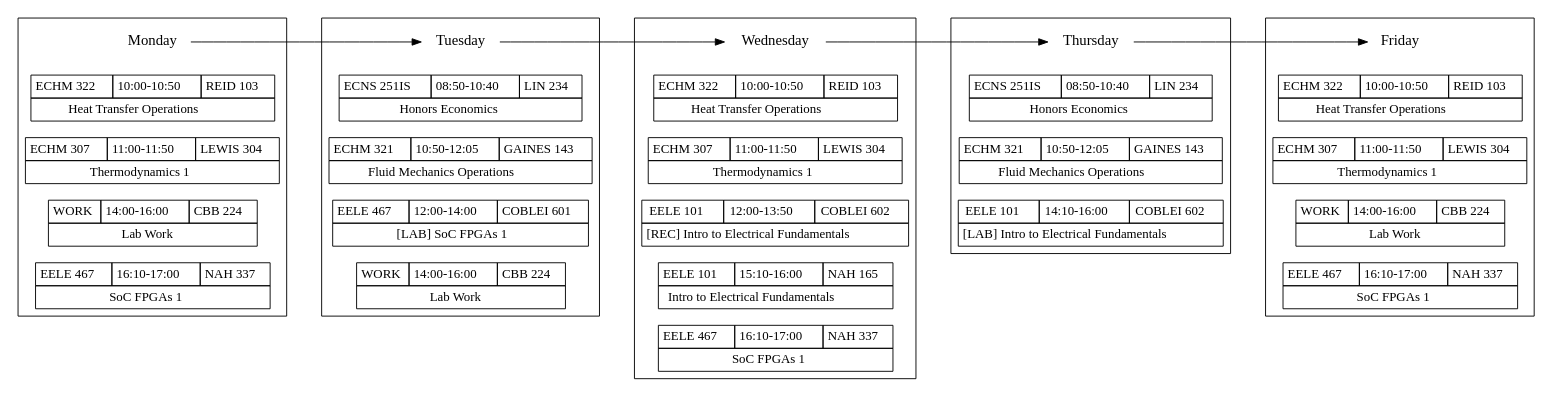
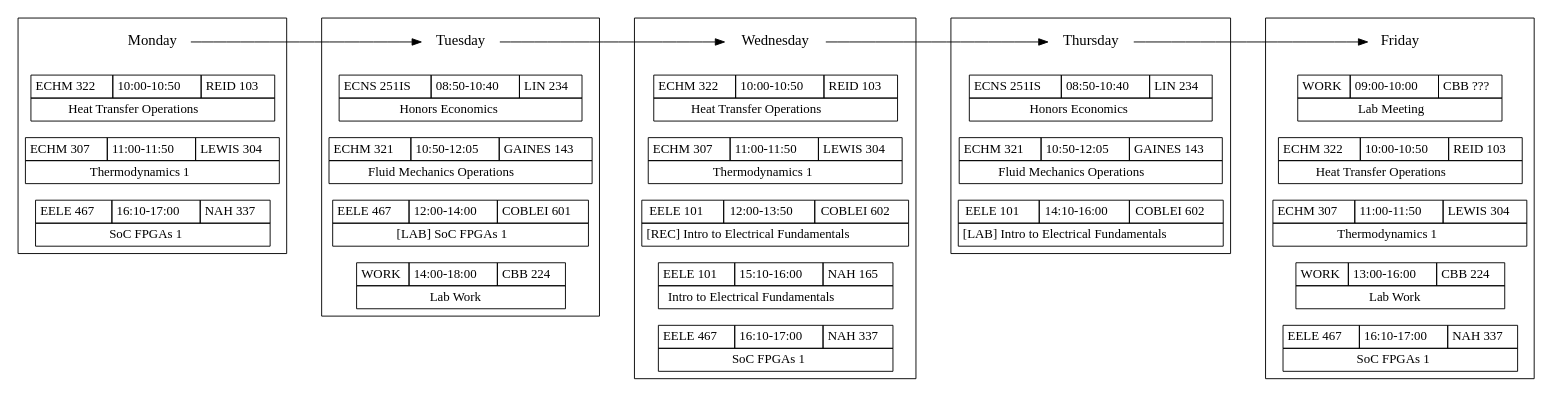
Before and after one commit to w-culhane/schedule-flowchart: the diagram in schedule_3-junior-sem-1-fall.gv, drawn with Graphviz.

Commit message:
Update work schedule

```diff
--- a/schedule_3-junior-sem-1-fall.gv
+++ b/schedule_3-junior-sem-1-fall.gv
@@ -7,7 +7,7 @@
     }
 
     {node [shape=none, margin=0]
-        subgraph clustermonday { rank = same; "Monday"; "ECHM322-m"; "ECHM307-m"; "WORK-m"; "EELE467-m"; }
+        subgraph clustermonday { rank = same; "Monday"; "ECHM322-m"; "ECHM307-m"; "EELE467-m"; }
     }
 
     "ECHM322-m" [label=<
@@ -38,16 +38,6 @@
     <TD>NAH 337</TD>
     </TR>
     <TR><TD COLSPAN="3">SoC FPGAs 1</TD></TR>
-    </TABLE>>];
-
-    "WORK-m" [label=<
-    <TABLE BORDER="0" CELLBORDER="1" CELLSPACING="0" CELLPADDING="4">
-    <TR>
-    <TD>WORK</TD>
-    <TD>14:00-16:00</TD>
-    <TD>CBB 224</TD>
-    </TR>
-    <TR><TD COLSPAN="3">Lab Work</TD></TR>
     </TABLE>>];
 
     {node [shape=none, margin=0]
@@ -88,7 +78,7 @@
     <TABLE BORDER="0" CELLBORDER="1" CELLSPACING="0" CELLPADDING="4">
     <TR>
     <TD>WORK</TD>
-    <TD>14:00-16:00</TD>
+    <TD>14:00-18:00</TD>
     <TD>CBB 224</TD>
     </TR>
     <TR><TD COLSPAN="3">Lab Work</TD></TR>
@@ -183,8 +173,18 @@
     </TABLE>>];
 
     {node [shape=none, margin=0]
-        subgraph clusterfriday { rank = same; "Friday"; "ECHM322-f"; "ECHM307-f"; "WORK-f"; "EELE467-f"; }
+        subgraph clusterfriday { rank = same; "Friday"; "WORK-meeting-f"; "ECHM322-f"; "ECHM307-f"; "WORK-f"; "EELE467-f"; }
     }
+
+    "WORK-meeting-f" [label=<
+    <TABLE BORDER="0" CELLBORDER="1" CELLSPACING="0" CELLPADDING="4">
+    <TR>
+    <TD>WORK</TD>
+    <TD>09:00-10:00</TD>
+    <TD>CBB ???</TD>
+    </TR>
+    <TR><TD COLSPAN="3">Lab Meeting</TD></TR>
+    </TABLE>>];
 
     "ECHM322-f" [label=<
     <TABLE BORDER="0" CELLBORDER="1" CELLSPACING="0" CELLPADDING="4">
@@ -220,7 +220,7 @@
     <TABLE BORDER="0" CELLBORDER="1" CELLSPACING="0" CELLPADDING="4">
     <TR>
     <TD>WORK</TD>
-    <TD>14:00-16:00</TD>
+    <TD>13:00-16:00</TD>
     <TD>CBB 224</TD>
     </TR>
     <TR><TD COLSPAN="3">Lab Work</TD></TR>
```
